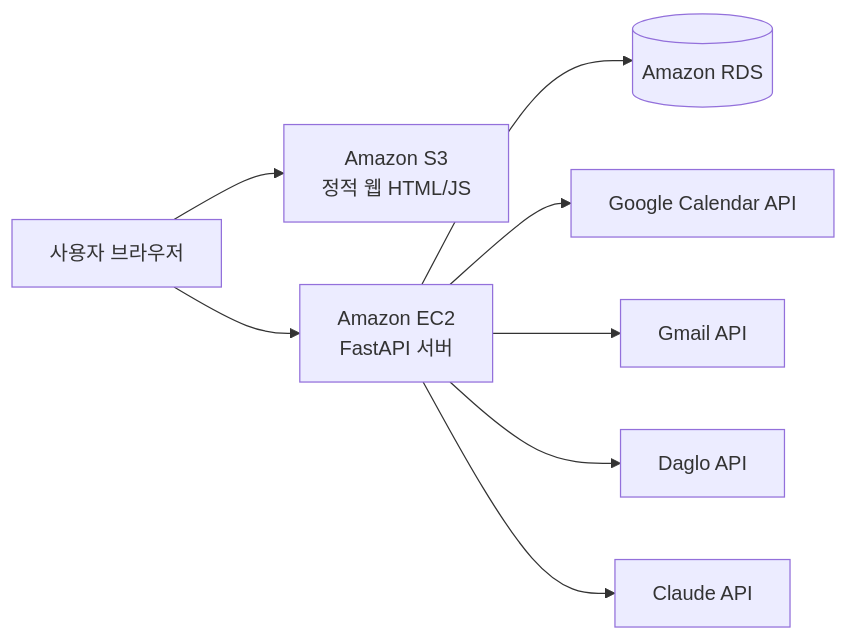
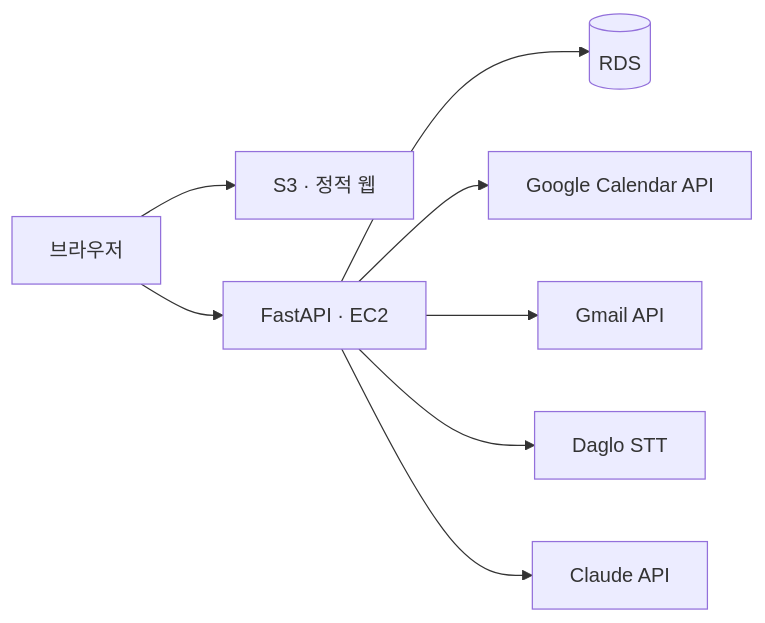
The second of 2 diagrams in README.md (nxtcloud-edu/2026-kmuct-kt-team09), drawn with Mermaid before and after one commit. The commit also changed other lines of this file, not shown here.

````diff
--- a/README.md
+++ b/README.md
@@ -133,10 +169,10 @@
 ```mermaid
 flowchart LR
-    U[사용자 브라우저] --> S3[Amazon S3<br/>정적 웹 HTML/JS]
-    U --> EC2[Amazon EC2<br/>FastAPI 서버]
-    EC2 --> RDS[(Amazon RDS)]
-    EC2 --> GC[Google Calendar API]
-    EC2 --> GM[Gmail API]
-    EC2 --> DG[Daglo API]
-    EC2 --> CL[Claude API]
+    U[브라우저] --> S3[S3 · 정적 웹]
+    U --> A[FastAPI · EC2]
+    A --> DB[(RDS)]
+    A --> GC[Google Calendar API]
+    A --> GM[Gmail API]
+    A --> DG[Daglo STT]
+    A --> CL[Claude API]
 ```
````
